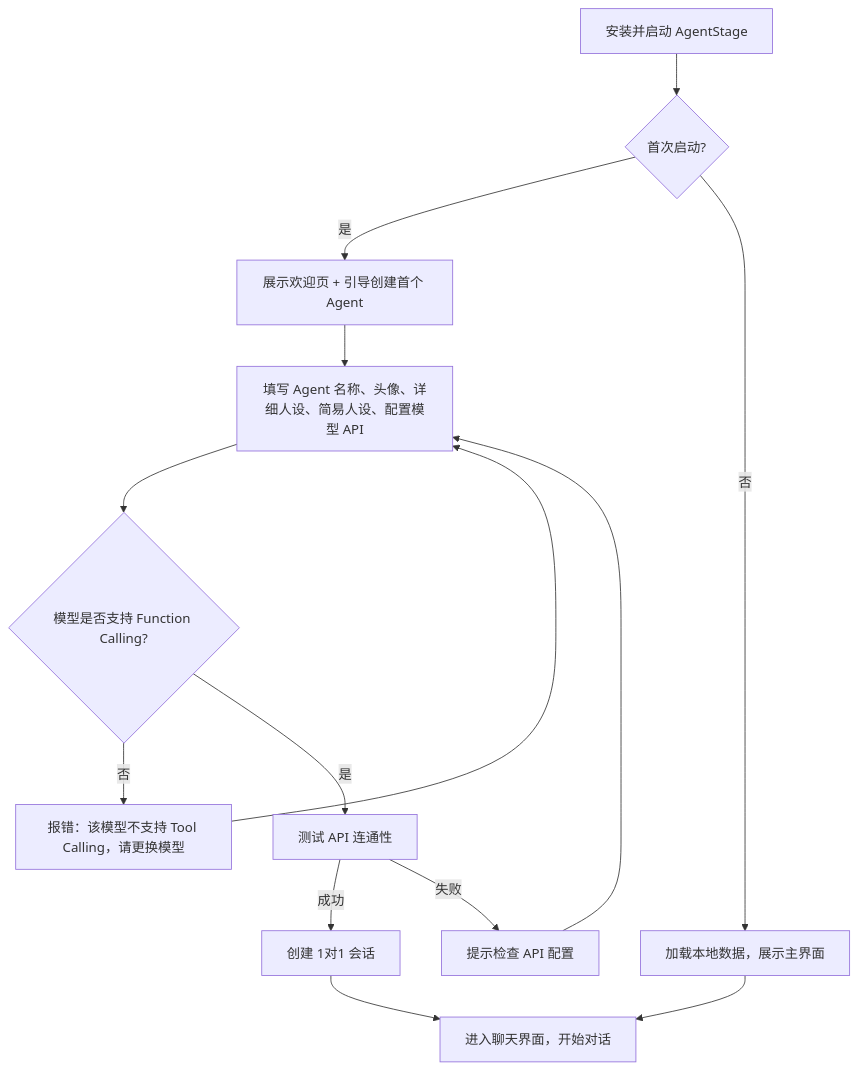
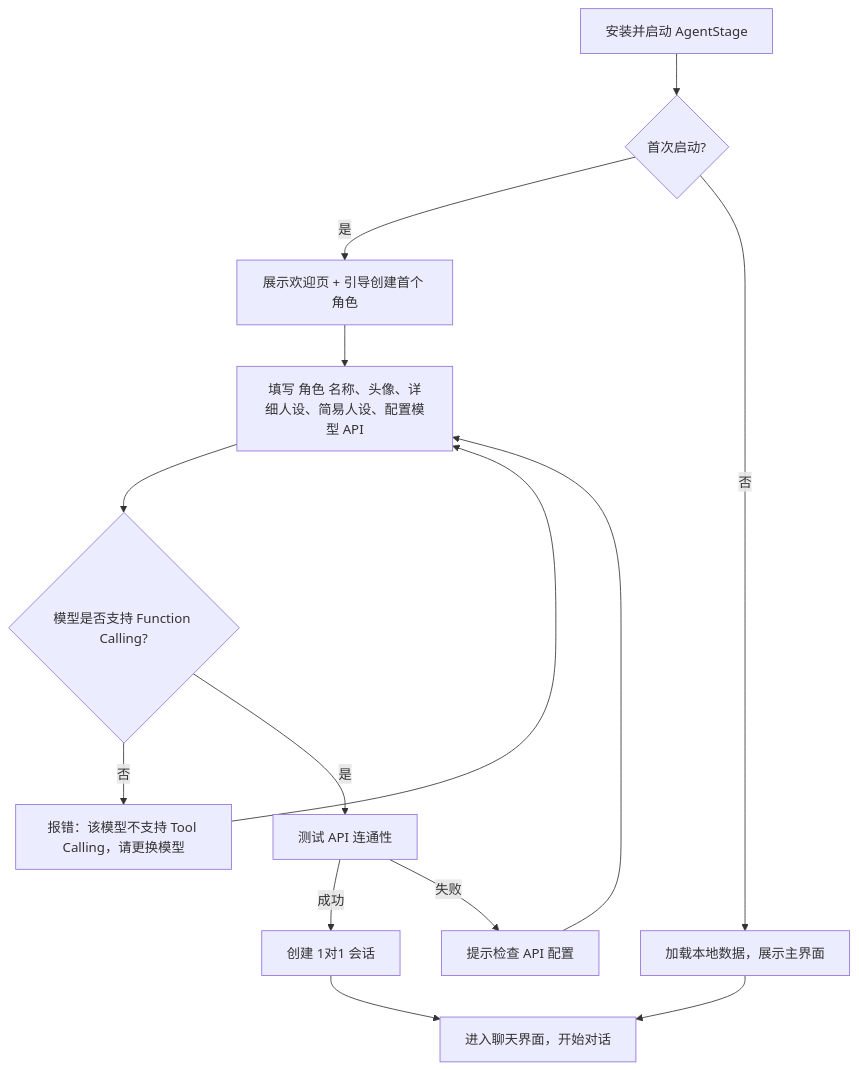
One commit to SupaNeko/AgentStage changed the second of 4 diagrams in docs/PRD.md. Above: the diagram before and after it, drawn with Mermaid. The commit also changed other lines of this file and 10 other files, not shown here.

````diff
--- a/docs/PRD.md
+++ b/docs/PRD.md
@@ -103,16 +103,16 @@
 ```mermaid
 flowchart TD
     A[安装并启动 AgentStage] --> B{首次启动?}
-    B -->|是| C[展示欢迎页 + 引导创建首个 Agent]
+    B -->|是| C[展示欢迎页 + 引导创建首个 角色]
     B -->|否| D[加载本地数据，展示主界面]
-    C --> E[填写 Agent 名称、头像、详细人设、简易人设、配置模型 API]
+    C --> E[填写 角色 名称、头像、详细人设、简易人设、配置模型 API]
     E --> F{模型是否支持 Function Calling?}
     F -->|否| G[报错：该模型不支持 Tool Calling，请更换模型]
     F -->|是| H[测试 API 连通性]
     G --> E
     H -->|成功| I[创建 1对1 会话]
     H -->|失败| J[提示检查 API 配置]
     J --> E
     I --> K[进入聊天界面，开始对话]
     D --> K
 ```
````
